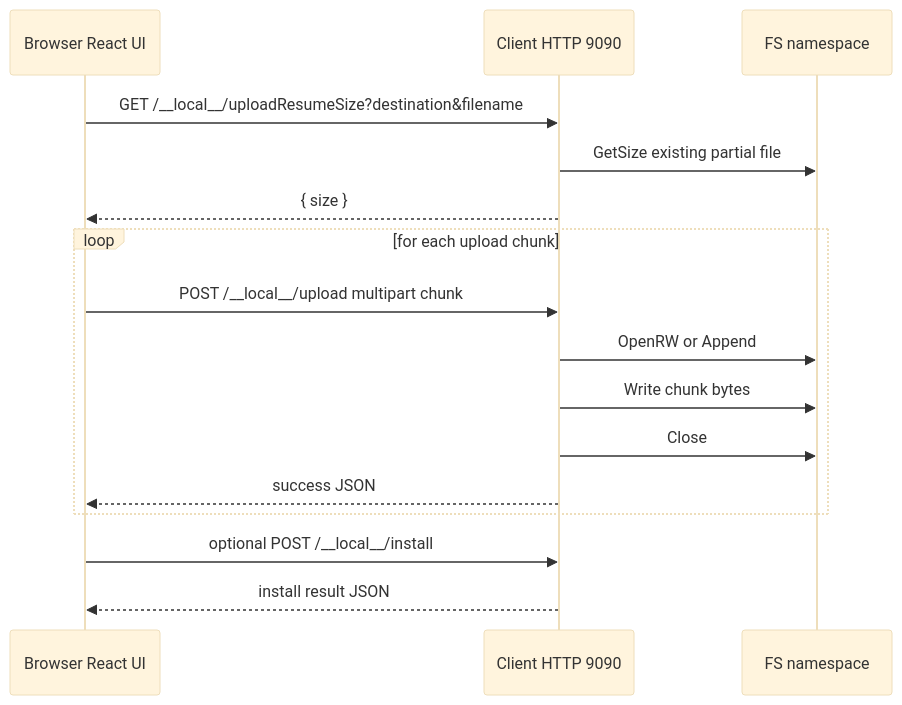
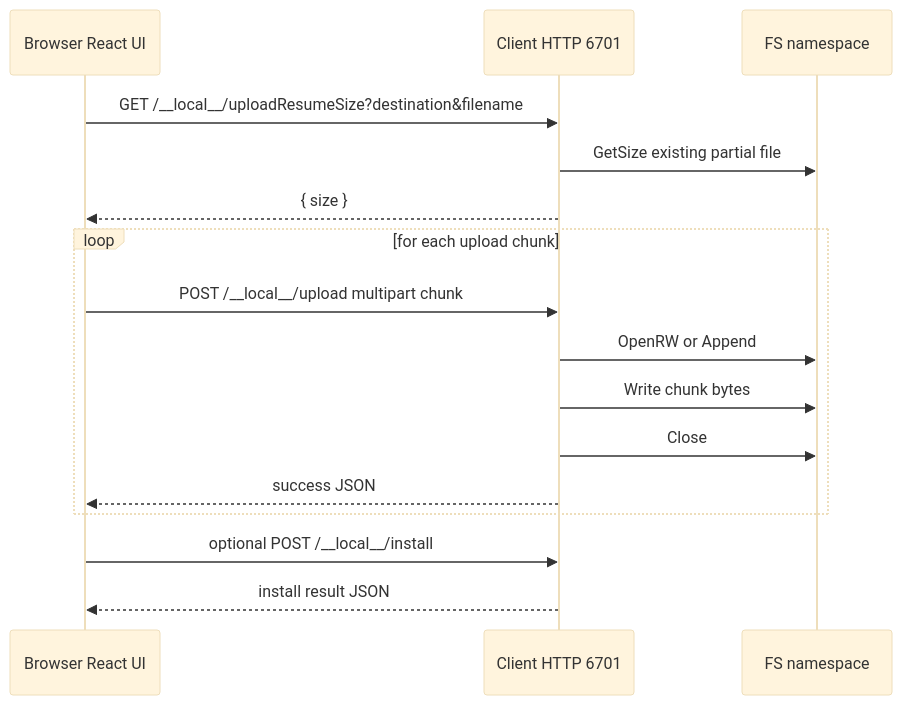
Before and after one commit to t-tx/ps5-ezremote-client: diagram 13 of 32 in DIAGRAMS.md, drawn with Mermaid (base theme). The commit also changed other lines of this file and 36 other files, not shown here.

````diff
--- a/DIAGRAMS.md
+++ b/DIAGRAMS.md
@@ -344,21 +344,21 @@
 ```mermaid
 sequenceDiagram
     participant Browser as Browser React UI
-    participant ClientHttp as Client HTTP 9090
+    participant ClientHttp as Client HTTP 6701
     participant FS as FS namespace
 
     Browser->>ClientHttp: GET /__local__/uploadResumeSize?destination&filename
     ClientHttp->>FS: GetSize existing partial file
     ClientHttp-->>Browser: { size }
 
     loop for each upload chunk
         Browser->>ClientHttp: POST /__local__/upload multipart chunk
         ClientHttp->>FS: OpenRW or Append
         ClientHttp->>FS: Write chunk bytes
         ClientHttp->>FS: Close
         ClientHttp-->>Browser: success JSON
     end
 
     Browser->>ClientHttp: optional POST /__local__/install
     ClientHttp-->>Browser: install result JSON
 ```
````
